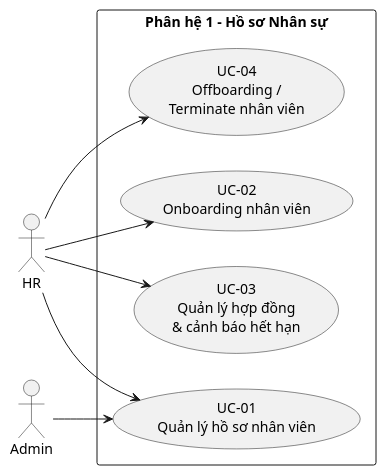
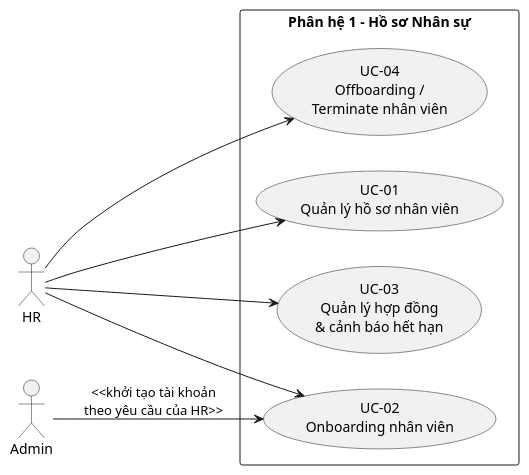
The diagram in docs/uml/usecase/uc_module1_employee.puml (gihan160306/HRFlow), drawn with PlantUML before and after one commit. The commit also changed 16 other files, not shown here.

```diff
--- a/docs/uml/usecase/uc_module1_employee.puml
+++ b/docs/uml/usecase/uc_module1_employee.puml
@@ -1,31 +1,31 @@
 @startuml
 
 left to right direction
 skinparam packageStyle rectangle
 skinparam shadowing false
 
 actor "HR" as HR
 actor "Admin" as Admin
 
 rectangle "Phân hệ 1 - Hồ sơ Nhân sự" {
 
     usecase "UC-01\nQuản lý hồ sơ nhân viên" as UC01
 
     usecase "UC-02\nOnboarding nhân viên" as UC02
 
     usecase "UC-03\nQuản lý hợp đồng\n& cảnh báo hết hạn" as UC03
 
     usecase "UC-04\nOffboarding /\nTerminate nhân viên" as UC04
 }
 
 HR --> UC01
-Admin --> UC01
 
 HR --> UC02
+Admin --> UC02 : <<khởi tạo tài khoản\ntheo yêu cầu của HR>>
 
 HR --> UC03
 
 HR --> UC04
 
 
 @enduml
```
